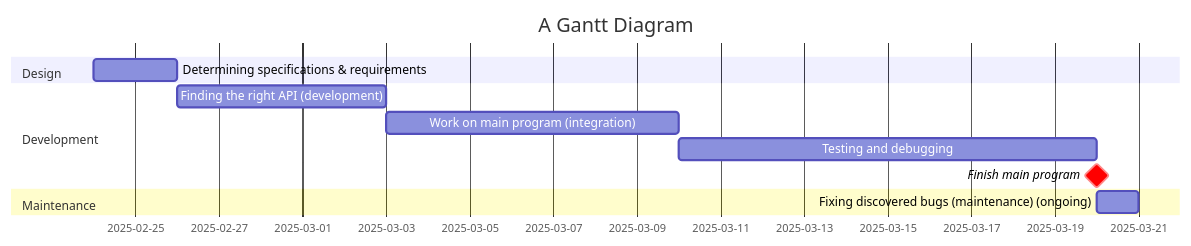
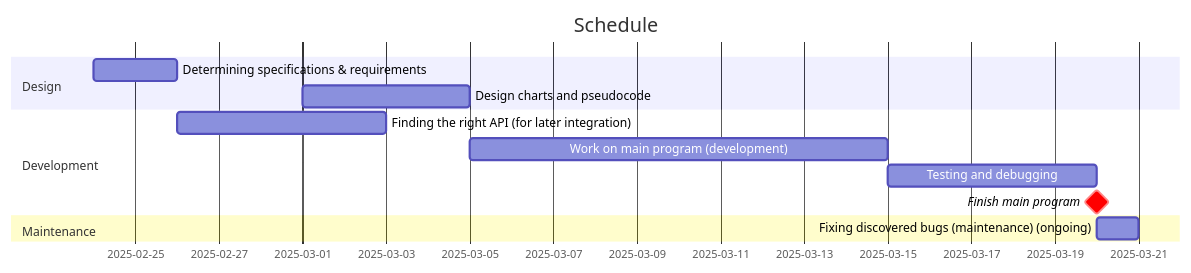
Before and after one commit to Tsunami014/3D-Map: the first of 4 diagrams in theory/DEVELOPMENT.md, drawn with Mermaid. The commit also changed other lines of this file and 2 other files, not shown here.

````diff
--- a/theory/DEVELOPMENT.md
+++ b/theory/DEVELOPMENT.md
@@ -25,14 +41,15 @@
 ```mermaid
 gantt
-    title A Gantt Diagram
+    title Schedule
     dateFormat DD-MM-YY
     section Design
-        Determining specifications & requirements   :24-02-25, 26-02-25
+        Determining specifications & requirements     :24-02-25, 26-02-25
+        Design charts and pseudocode                  :01-03-25, 05-03-25
     section Development
-        Finding the right API (development)        :26-02-25, 03-03-25
-        Work on main program (integration)         :03-03-25, 10-03-25
-        Testing and debugging                      :10-03-25, 20-03-25
+        Finding the right API (for later integration) :26-02-25, 03-03-25
+        Work on main program (development)            :05-03-25, 15-03-25
+        Testing and debugging                         :15-03-25, 20-03-25
         Finish main program          :milestone, crit, dne, 20-03-25, 0d
     section Maintenance
         Fixing discovered bugs (maintenance) (ongoing) :after dne, 1d
 ```
````
